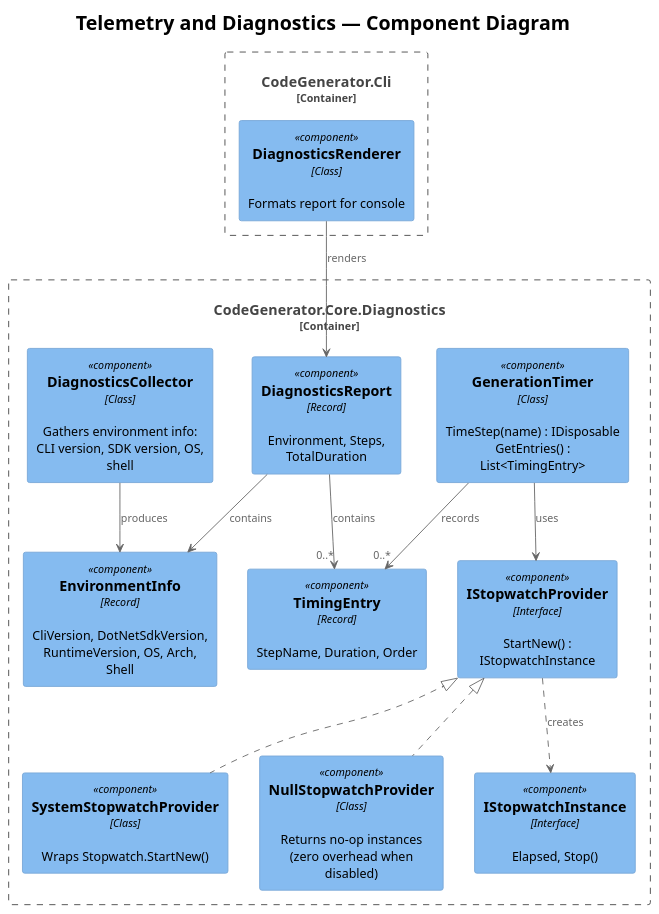
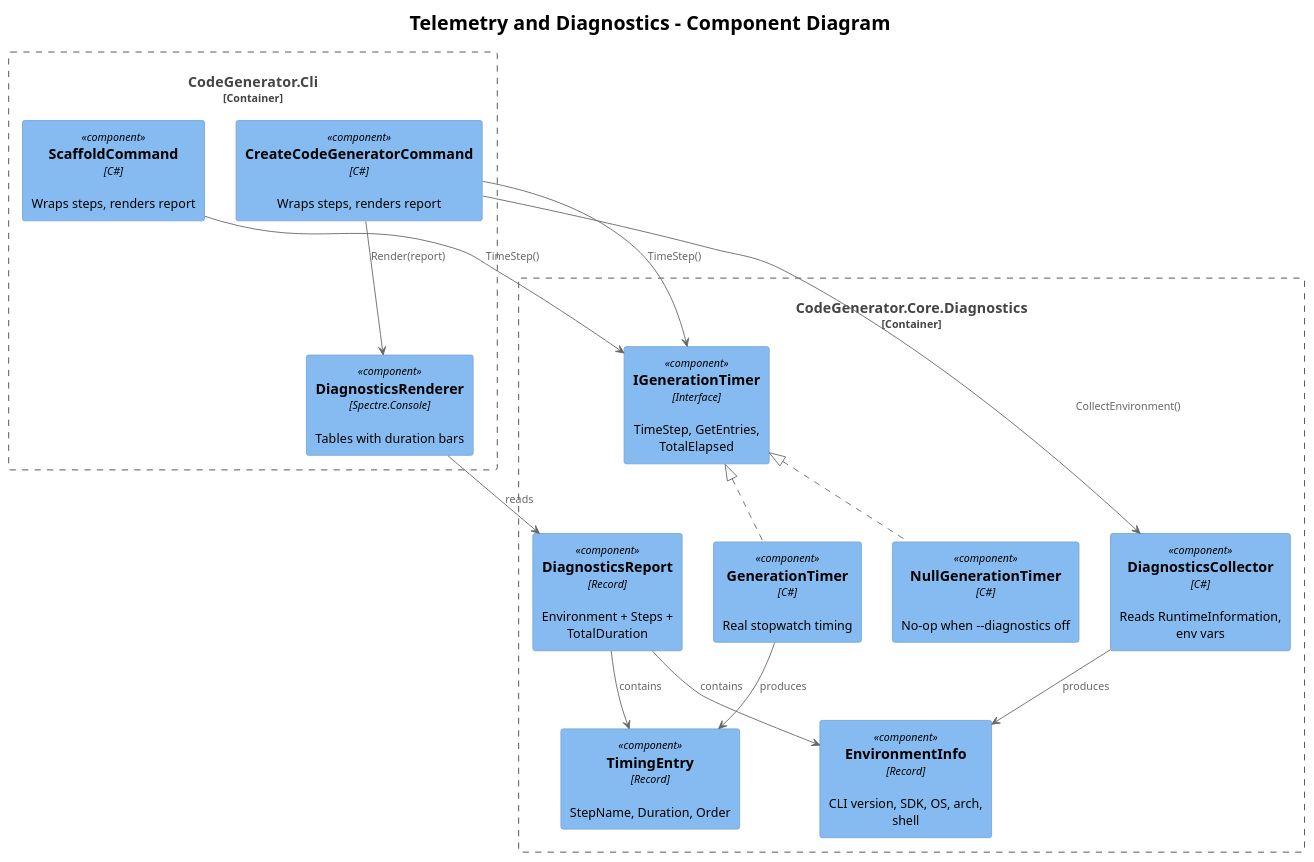
The diagram in docs/detailed-designs/49-telemetry-and-diagnostics/diagrams/c4_component.puml (QuinntyneBrown/CodeGenerator), drawn with PlantUML before and after one commit. The commit also changed 155 other files, not shown here.

```diff
--- a/docs/detailed-designs/49-telemetry-and-diagnostics/diagrams/c4_component.puml
+++ b/docs/detailed-designs/49-telemetry-and-diagnostics/diagrams/c4_component.puml
@@ -1,33 +1,35 @@
 @startuml c4_component
 !theme plain
 !include <C4/C4_Component>
 
-title Telemetry and Diagnostics — Component Diagram
+title Telemetry and Diagnostics - Component Diagram
 
-Container_Boundary(diag, "CodeGenerator.Core.Diagnostics") {
-    Component(collector, "DiagnosticsCollector", "Class", "Gathers environment info:\nCLI version, SDK version, OS, shell")
-    Component(envInfo, "EnvironmentInfo", "Record", "CliVersion, DotNetSdkVersion,\nRuntimeVersion, OS, Arch, Shell")
-    Component(iswp, "IStopwatchProvider", "Interface", "StartNew() : IStopwatchInstance")
-    Component(sysSwp, "SystemStopwatchProvider", "Class", "Wraps Stopwatch.StartNew()")
-    Component(nullSwp, "NullStopwatchProvider", "Class", "Returns no-op instances\n(zero overhead when disabled)")
-    Component(iswi, "IStopwatchInstance", "Interface", "Elapsed, Stop()")
-    Component(timer, "GenerationTimer", "Class", "TimeStep(name) : IDisposable\nGetEntries() : List<TimingEntry>")
+Container_Boundary(core, "CodeGenerator.Core.Diagnostics") {
+    Component(iTimer, "IGenerationTimer", "Interface", "TimeStep, GetEntries, TotalElapsed")
+    Component(timer, "GenerationTimer", "C#", "Real stopwatch timing")
+    Component(nullTimer, "NullGenerationTimer", "C#", "No-op when --diagnostics off")
+    Component(collector, "DiagnosticsCollector", "C#", "Reads RuntimeInformation, env vars")
+    Component(report, "DiagnosticsReport", "Record", "Environment + Steps + TotalDuration")
+    Component(envInfo, "EnvironmentInfo", "Record", "CLI version, SDK, OS, arch, shell")
     Component(entry, "TimingEntry", "Record", "StepName, Duration, Order")
-    Component(report, "DiagnosticsReport", "Record", "Environment, Steps, TotalDuration")
 }
 
 Container_Boundary(cli, "CodeGenerator.Cli") {
-    Component(renderer, "DiagnosticsRenderer", "Class", "Formats report for console")
+    Component(createCmd, "CreateCodeGeneratorCommand", "C#", "Wraps steps, renders report")
+    Component(scaffoldCmd, "ScaffoldCommand", "C#", "Wraps steps, renders report")
+    Component(renderer, "DiagnosticsRenderer", "Spectre.Console", "Tables with duration bars")
 }
 
+iTimer <|.. timer
+iTimer <|.. nullTimer
+timer --> entry : produces
 collector --> envInfo : produces
-iswp <|.. sysSwp
-iswp <|.. nullSwp
-iswp ..> iswi : creates
-timer --> iswp : uses
-timer --> "0..*" entry : records
 report --> envInfo : contains
-report --> "0..*" entry : contains
-renderer --> report : renders
+report --> entry : contains
+createCmd --> iTimer : TimeStep()
+createCmd --> collector : CollectEnvironment()
+createCmd --> renderer : Render(report)
+scaffoldCmd --> iTimer : TimeStep()
+renderer --> report : reads
 
 @enduml
```
